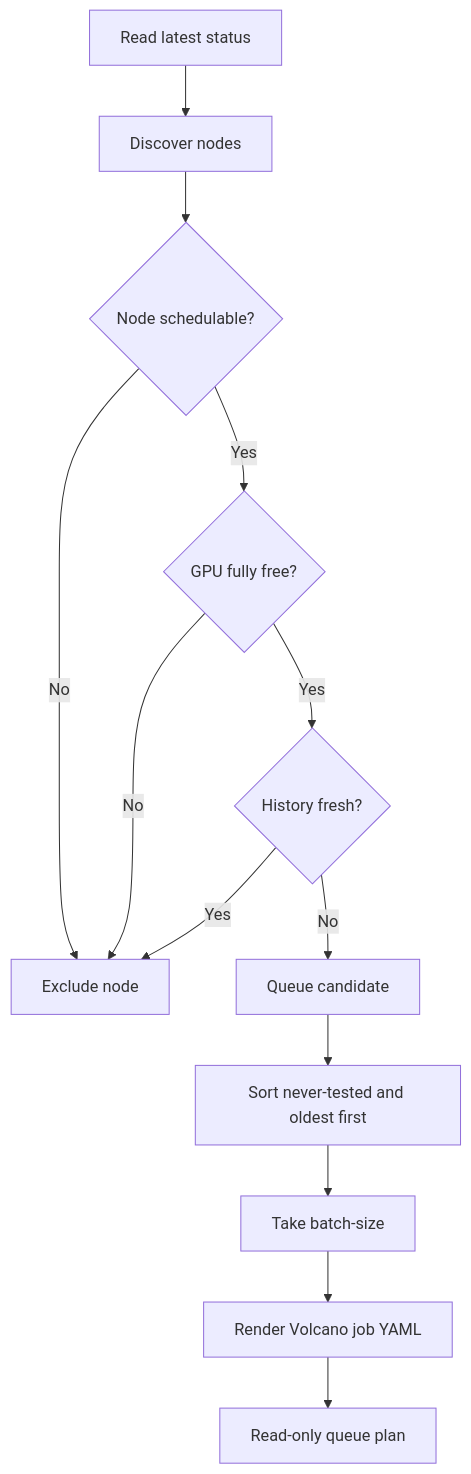
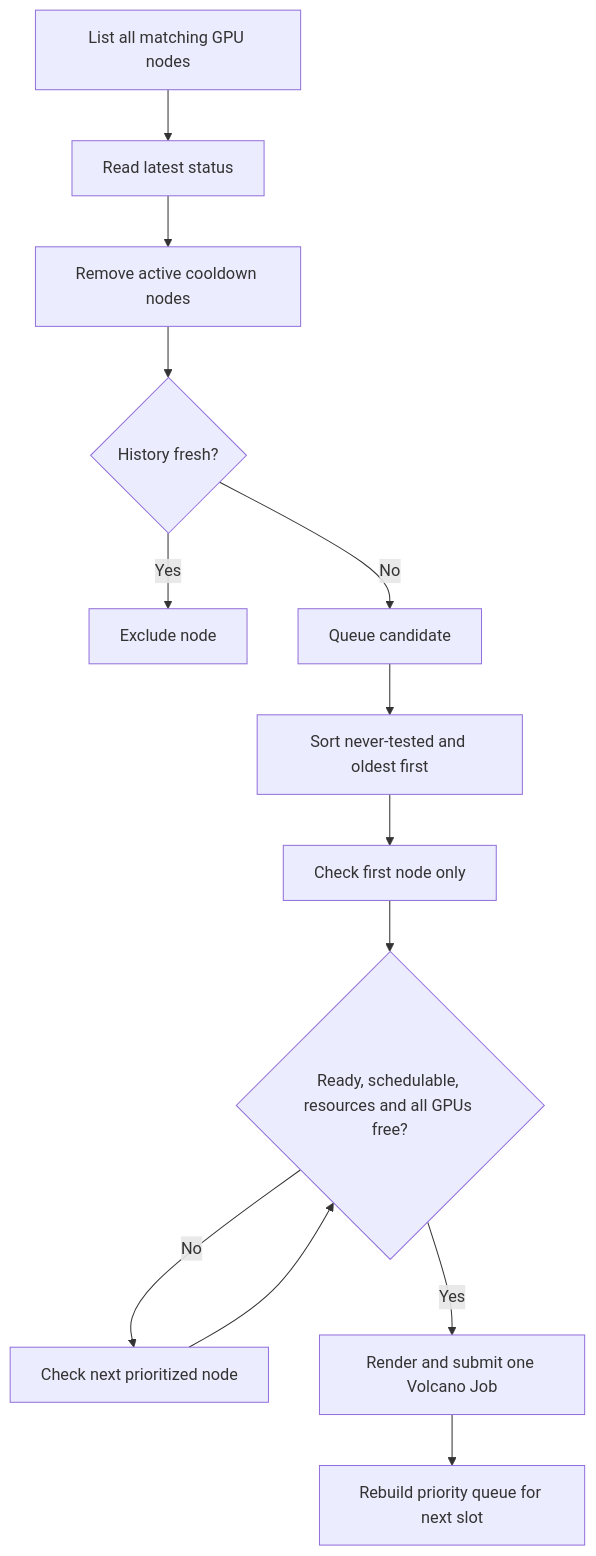
Before and after one commit to IamNirmata/c-val: the second of 5 diagrams in docs/workflow.md, drawn with Mermaid. The commit also changed other lines of this file and 11 other files, not shown here.

````diff
--- a/docs/workflow.md
+++ b/docs/workflow.md
@@ -35,15 +35,15 @@
 ```mermaid
 flowchart TD
-    A[Read latest status] --> B[Discover nodes]
-    B --> C{Node schedulable?}
-    C -- No --> X[Exclude node]
-    C -- Yes --> D{GPU fully free?}
-    D -- No --> X
-    D -- Yes --> E{History fresh?}
-    E -- Yes --> X
-    E -- No --> F[Queue candidate]
-    F --> G[Sort never-tested and oldest first]
-    G --> H[Take batch-size]
-    H --> I[Render Volcano job YAML]
-    I --> J[Read-only queue plan]
+    A[List all matching GPU nodes] --> B[Read latest status]
+    B --> C[Remove active cooldown nodes]
+    C --> D{History fresh?}
+    D -- Yes --> X[Exclude node]
+    D -- No --> E[Queue candidate]
+    E --> F[Sort never-tested and oldest first]
+    F --> G[Check first node only]
+    G --> H{Ready, schedulable, resources and all GPUs free?}
+    H -- No --> I[Check next prioritized node]
+    I --> H
+    H -- Yes --> J[Render and submit one Volcano Job]
+    J --> K[Rebuild priority queue for next slot]
 ```
````
